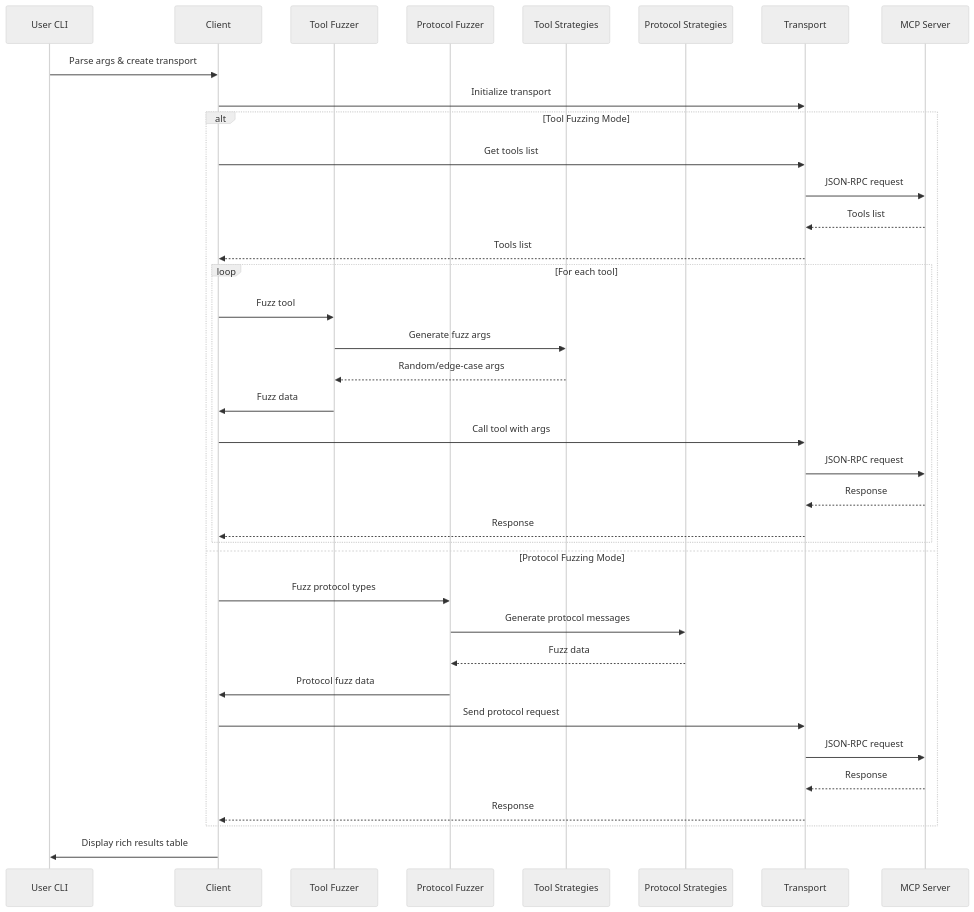
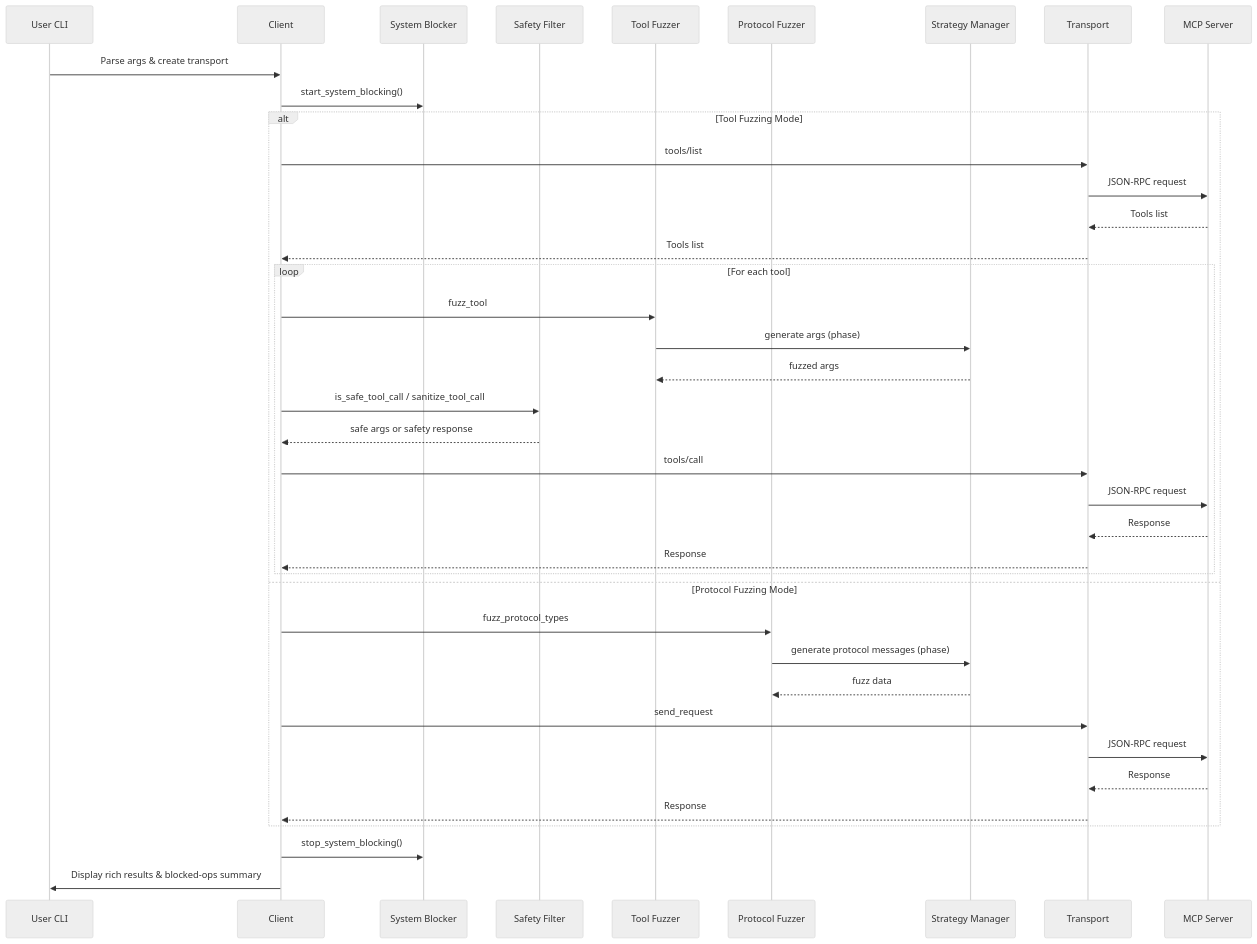
One commit to Agent-Hellboy/mcp-server-fuzzer changed the third of 6 diagrams in docs/mermaid_architecture.md. Above: the diagram before and after it, drawn with Mermaid (neutral theme). The commit also changed other lines of this file and 1 other file, not shown here.

````diff
--- a/docs/mermaid_architecture.md
+++ b/docs/mermaid_architecture.md
@@ -86,43 +99,45 @@
 ```mermaid
 sequenceDiagram
     participant U as User CLI
     participant C as Client
+    participant SB as System Blocker
+    participant SF as Safety Filter
     participant TF as Tool Fuzzer
     participant PF as Protocol Fuzzer
-    participant TS as Tool Strategies
-    participant PS as Protocol Strategies
+    participant SM as Strategy Manager
     participant T as Transport
     participant S as MCP Server
 
     U->>C: Parse args & create transport
-    C->>T: Initialize transport
+    C->>SB: start_system_blocking()
 
     alt Tool Fuzzing Mode
-        C->>T: Get tools list
+        C->>T: tools/list
         T->>S: JSON-RPC request
         S-->>T: Tools list
         T-->>C: Tools list
 
         loop For each tool
-            C->>TF: Fuzz tool
-            TF->>TS: Generate fuzz args
-            TS-->>TF: Random/edge-case args
-            TF->>C: Fuzz data
-            C->>T: Call tool with args
+            C->>TF: fuzz_tool
+            TF->>SM: generate args (phase)
+            SM-->>TF: fuzzed args
+            C->>SF: is_safe_tool_call / sanitize_tool_call
+            SF-->>C: safe args or safety response
+            C->>T: tools/call
             T->>S: JSON-RPC request
             S-->>T: Response
             T-->>C: Response
         end
     else Protocol Fuzzing Mode
-        C->>PF: Fuzz protocol types
-        PF->>PS: Generate protocol messages
-        PS-->>PF: Fuzz data
-        PF->>C: Protocol fuzz data
-        C->>T: Send protocol request
+        C->>PF: fuzz_protocol_types
+        PF->>SM: generate protocol messages (phase)
+        SM-->>PF: fuzz data
+        C->>T: send_request
         T->>S: JSON-RPC request
         S-->>T: Response
         T-->>C: Response
     end
 
-    C->>U: Display rich results table
+    C->>SB: stop_system_blocking()
+    C->>U: Display rich results & blocked-ops summary
 ```
````
